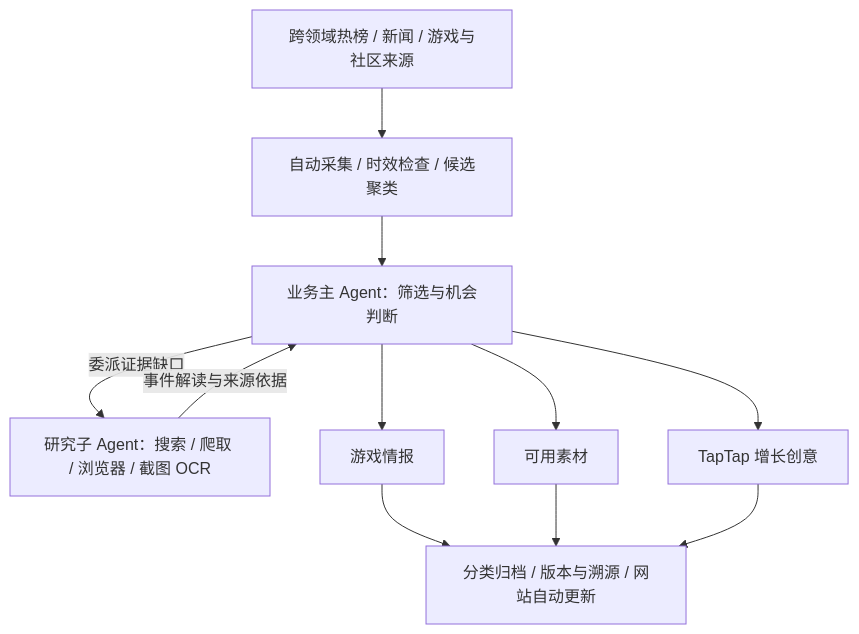
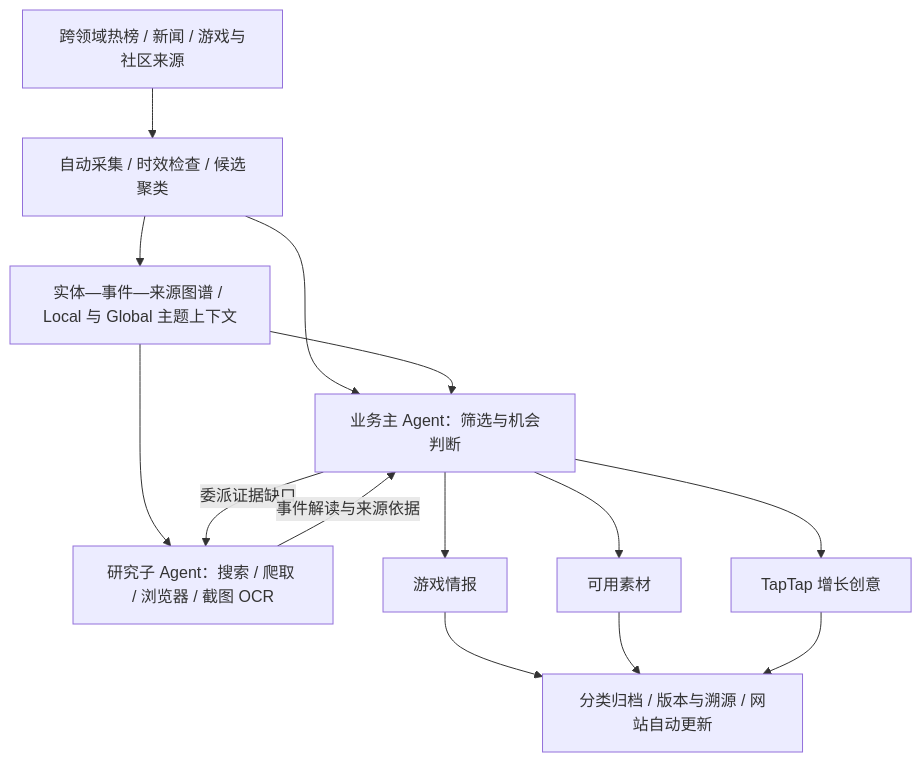
Before and after one commit to hccccc01333/arknights-taptap-intel-agent: the first of 3 diagrams in README.md, drawn with Mermaid. The commit also changed other lines of this file and 31 other files, not shown here.

Commit message:
feat(v3): share grounded entity-event graph across agents

````diff
--- a/README.md
+++ b/README.md
@@ -47,13 +49,16 @@
 ```mermaid
 flowchart TD
     Sources[跨领域热榜 / 新闻 / 游戏与社区来源] --> Discovery[自动采集 / 时效检查 / 候选聚类]
     Discovery --> Main[业务主 Agent：筛选与机会判断]
+    Discovery --> Graph[实体—事件—来源图谱 / Local 与 Global 主题上下文]
+    Graph --> Main
+    Graph --> Research
     Main -->|委派证据缺口| Research[研究子 Agent：搜索 / 爬取 / 浏览器 / 截图 OCR]
     Research -->|事件解读与来源依据| Main
     Main --> Intelligence[游戏情报]
     Main --> Materials[可用素材]
     Main --> Ideas[TapTap 增长创意]
     Intelligence --> Library[分类归档 / 版本与溯源 / 网站自动更新]
     Materials --> Library
     Ideas --> Library
 ```
````
